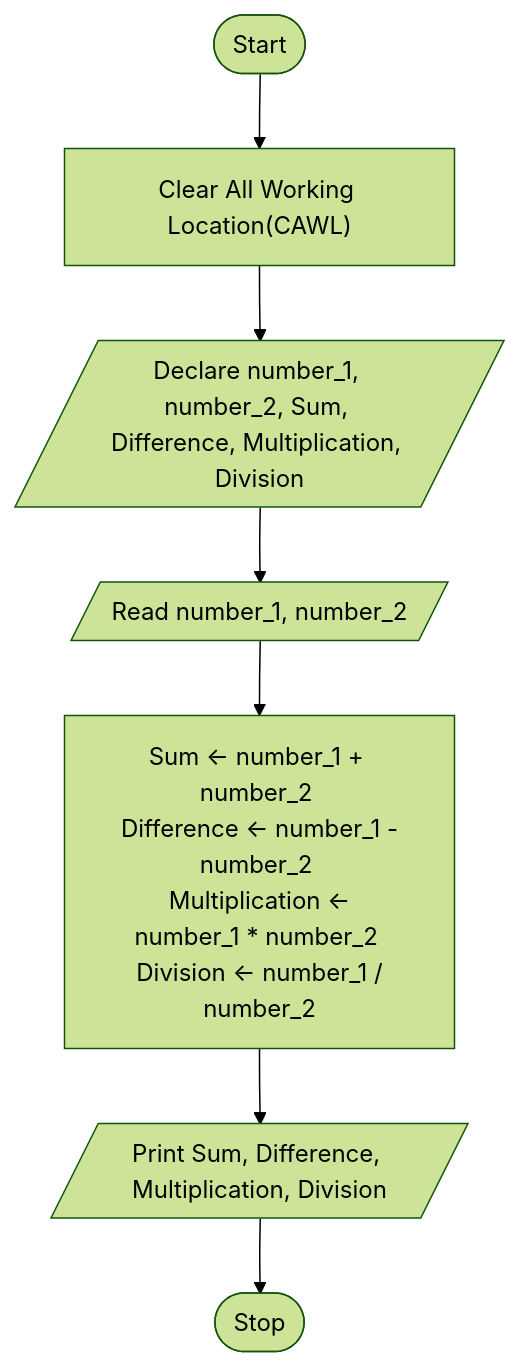
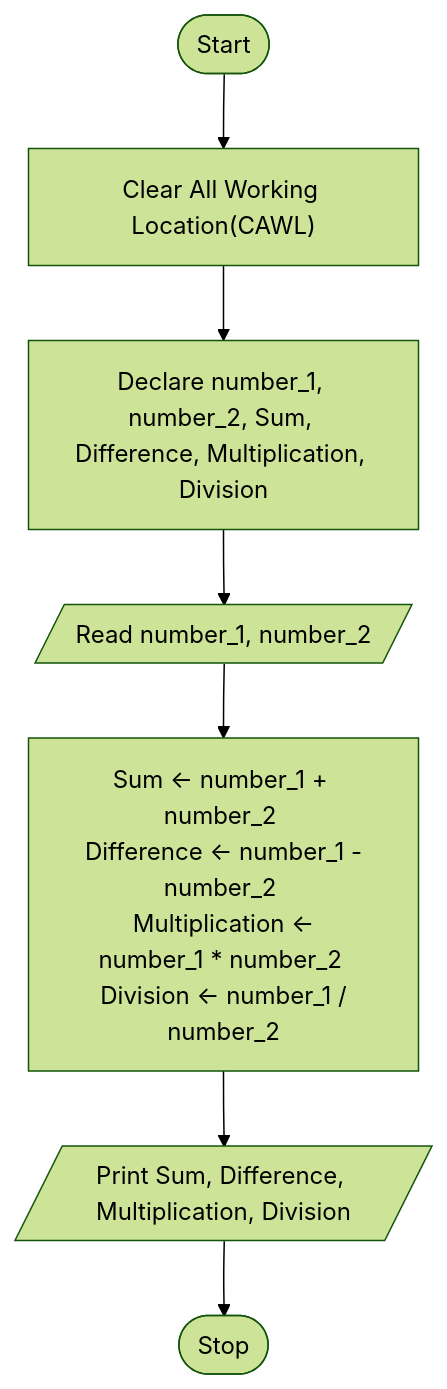
Before and after one commit to Adam-Al-Rahman/Digital_Garden: the diagram in plants/notes/PPL_Lab/Experiments/Experiment-2.md, drawn with Mermaid (forest theme). The commit also changed other lines of this file and 2 other files, not shown here.

````diff
--- a/plants/notes/PPL_Lab/Experiments/Experiment-2.md
+++ b/plants/notes/PPL_Lab/Experiments/Experiment-2.md
@@ -39,9 +61,9 @@
 ```mermaid
 graph TB
 start(["Start"])-->cawl["Clear All Working Location(CAWL)"]
-cawl-->dec[/"Declare number_1, number_2, Sum, Difference, Multiplication, Division"/]
+cawl-->dec["Declare number_1, number_2, Sum, Difference, Multiplication, Division"]
 dec-->in1[/"Read number_1, number_2"/]
 in1-->proc["Sum <- number_1 + number_2 <br /> Difference <- number_1 - number_2 <br/> Multiplication <- number_1 * number_2 <br /> Division <- number_1 / number_2"]
 proc-->out[/"Print Sum, Difference, Multiplication, Division"/]
 out-->stop(["Stop"])
 ```
````
